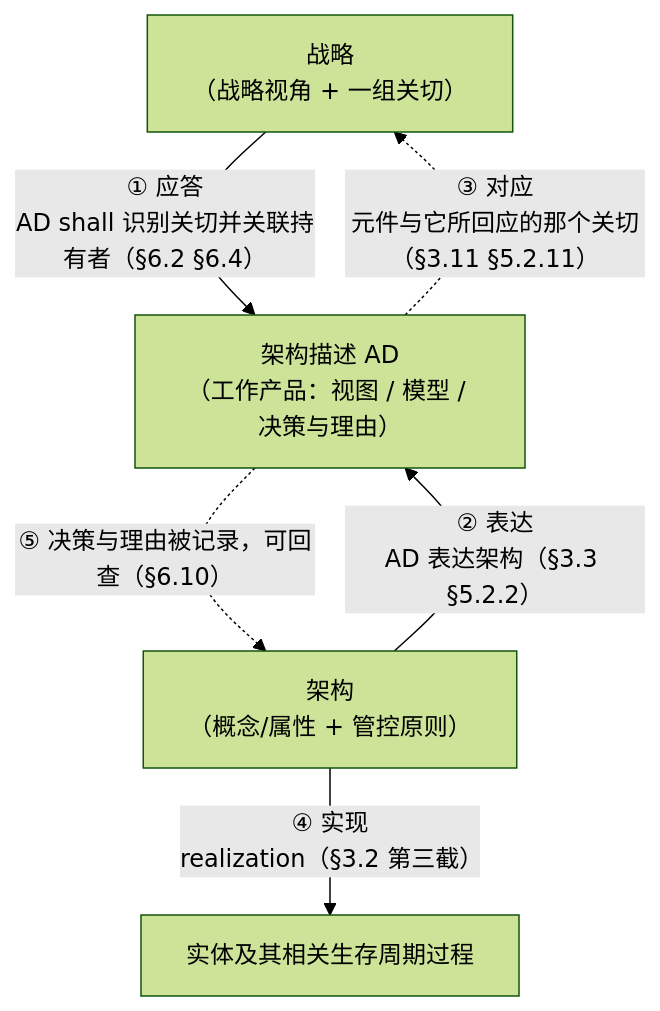
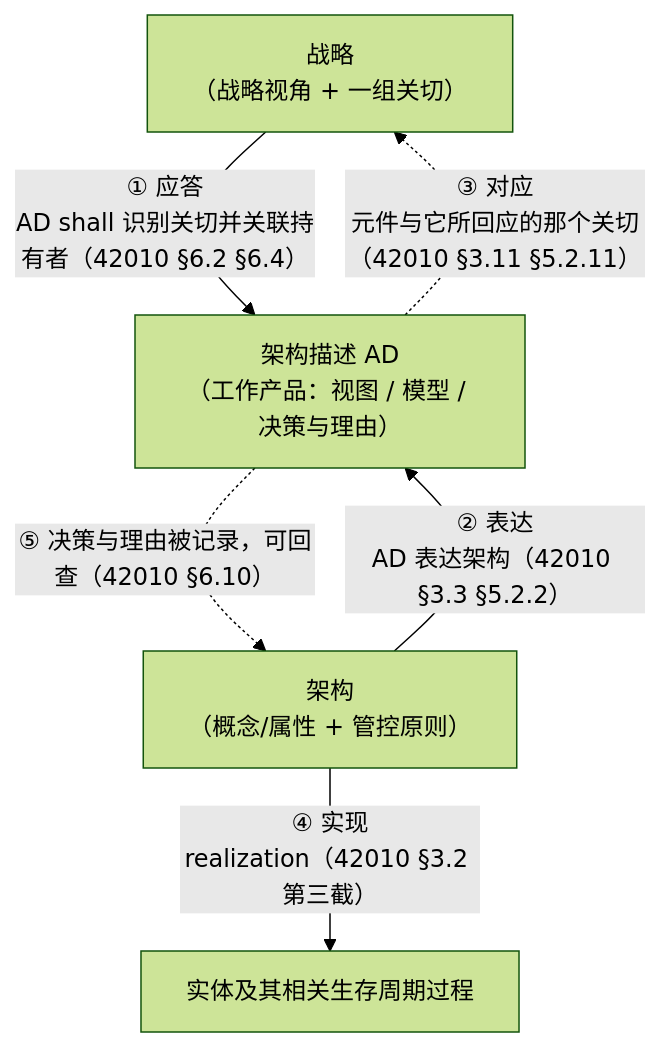
The fourth of 7 diagrams in 10-系统工程研究/00-系统工程相关研究报告/42-架构研究报告-从定义句与目的到三张清单治理与视图.md (Yongjunzhou/business-Engineering), drawn with Mermaid (forest theme) before and after one commit. The commit also changed other lines of this file and 30 other files, not shown here.

````diff
--- a/10-系统工程研究/00-系统工程相关研究报告/42-架构研究报告-从定义句与目的到三张清单治理与视图.md
+++ b/10-系统工程研究/00-系统工程相关研究报告/42-架构研究报告-从定义句与目的到三张清单治理与视图.md
@@ -740,13 +770,13 @@
 ```mermaid
 flowchart TB
   S["战略<br/>（战略视角 + 一组关切）"]
   A["架构<br/>（概念/属性 + 管控原则）"]
   AD["架构描述 AD<br/>（工作产品：视图 / 模型 / 决策与理由）"]
   E["实体及其相关生存周期过程"]
 
-  S -->|"① 应答<br/>AD shall 识别关切并关联持有者（§6.2 §6.4）"| AD
-  A -->|"② 表达<br/>AD 表达架构（§3.3 §5.2.2）"| AD
-  AD -.->|"③ 对应<br/>元件与它所回应的那个关切（§3.11 §5.2.11）"| S
-  A -->|"④ 实现<br/>realization（§3.2 第三截）"| E
-  AD -.->|"⑤ 决策与理由被记录，可回查（§6.10）"| A
+  S -->|"① 应答<br/>AD shall 识别关切并关联持有者（42010 §6.2 §6.4）"| AD
+  A -->|"② 表达<br/>AD 表达架构（42010 §3.3 §5.2.2）"| AD
+  AD -.->|"③ 对应<br/>元件与它所回应的那个关切（42010 §3.11 §5.2.11）"| S
+  A -->|"④ 实现<br/>realization（42010 §3.2 第三截）"| E
+  AD -.->|"⑤ 决策与理由被记录，可回查（42010 §6.10）"| A
 ```
````
